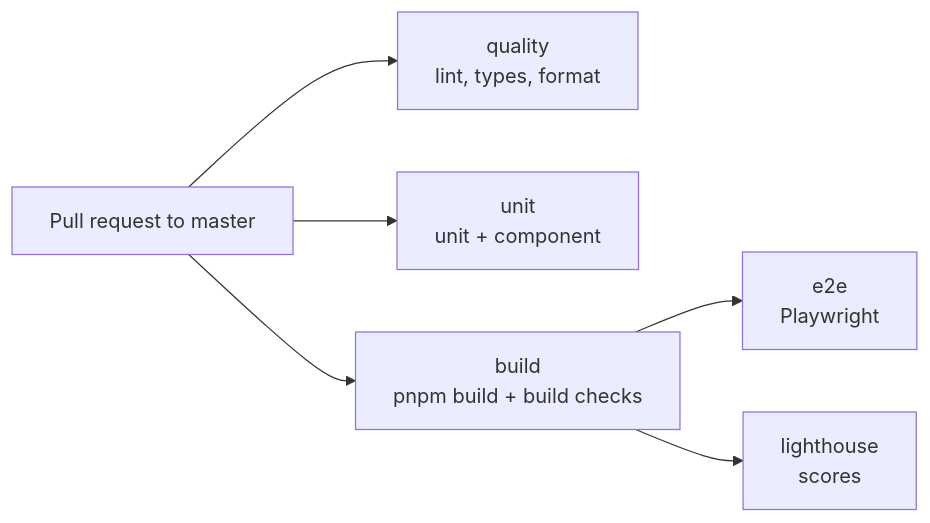
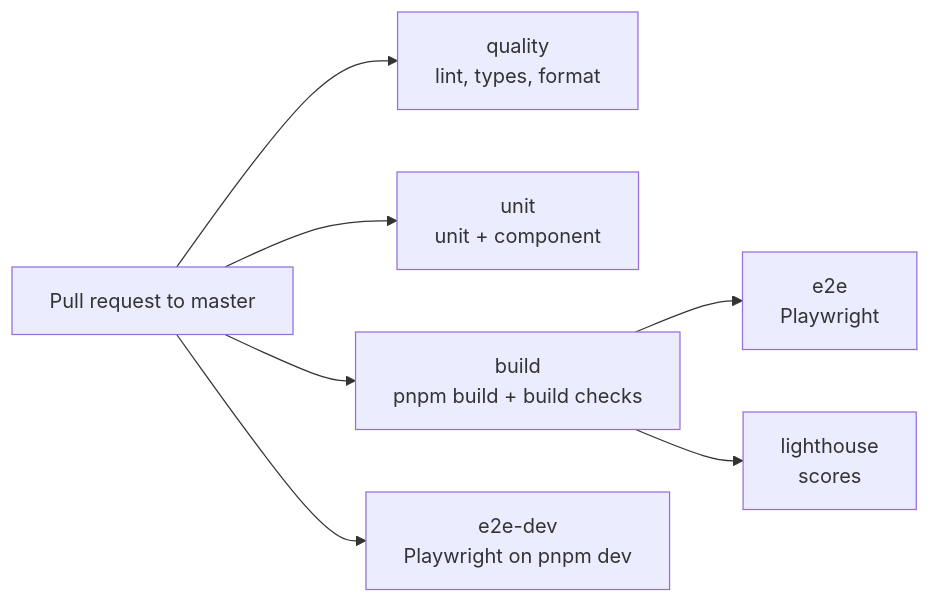
The diagram in docs/wiki/Testing.md (shibbirweb/shibbirweb.github.io), drawn with Mermaid before and after one commit. The commit also changed other lines of this file and 14 other files, not shown here.

````diff
--- a/docs/wiki/Testing.md
+++ b/docs/wiki/Testing.md
@@ -21,8 +24,9 @@
 ```mermaid
 flowchart LR
     PR[Pull request to master] --> Q[quality<br/>lint, types, format]
     PR --> U[unit<br/>unit + component]
     PR --> B[build<br/>pnpm build + build checks]
     B --> E[e2e<br/>Playwright]
     B --> L[lighthouse<br/>scores]
+    PR --> D[e2e-dev<br/>Playwright on pnpm dev]
 ```
````
